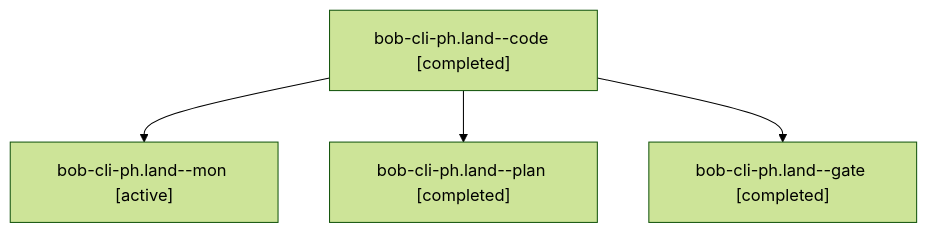
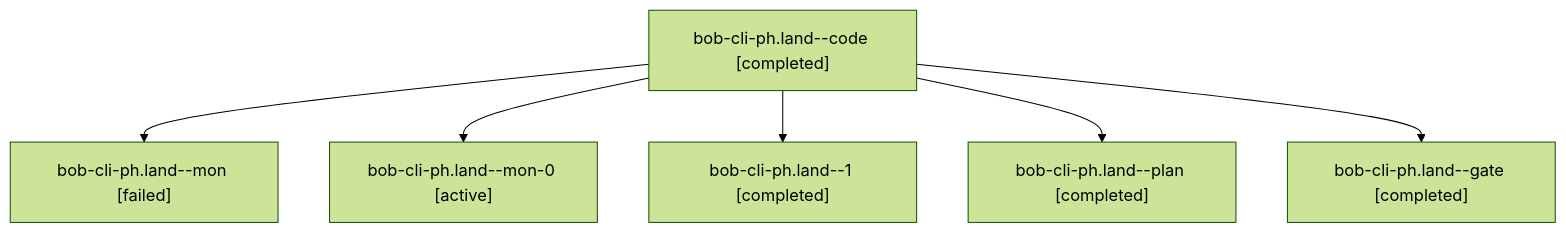
Before and after one commit to bobs-org/bob-cli--agents: the diagram in sessions/bbugyi200.apollo.bob-cli-ph.land.md, drawn with Mermaid (forest theme). The commit also changed other lines of this file and 203 other files, not shown here.

````diff
--- a/sessions/bbugyi200.apollo.bob-cli-ph.land.md
+++ b/sessions/bbugyi200.apollo.bob-cli-ph.land.md
@@ -9,10 +9,14 @@
 ```mermaid
 flowchart TD
   n0["bob-cli-ph.land--code [completed]"]
-  n1["bob-cli-ph.land--mon [active]"]
+  n1["bob-cli-ph.land--mon [failed]"]
   n0 --> n1
-  n2["bob-cli-ph.land--plan [completed]"]
+  n2["bob-cli-ph.land--mon-0 [active]"]
   n0 --> n2
-  n3["bob-cli-ph.land--gate [completed]"]
+  n3["bob-cli-ph.land--1 [completed]"]
   n0 --> n3
+  n4["bob-cli-ph.land--plan [completed]"]
+  n0 --> n4
+  n5["bob-cli-ph.land--gate [completed]"]
+  n0 --> n5
 ```
````
